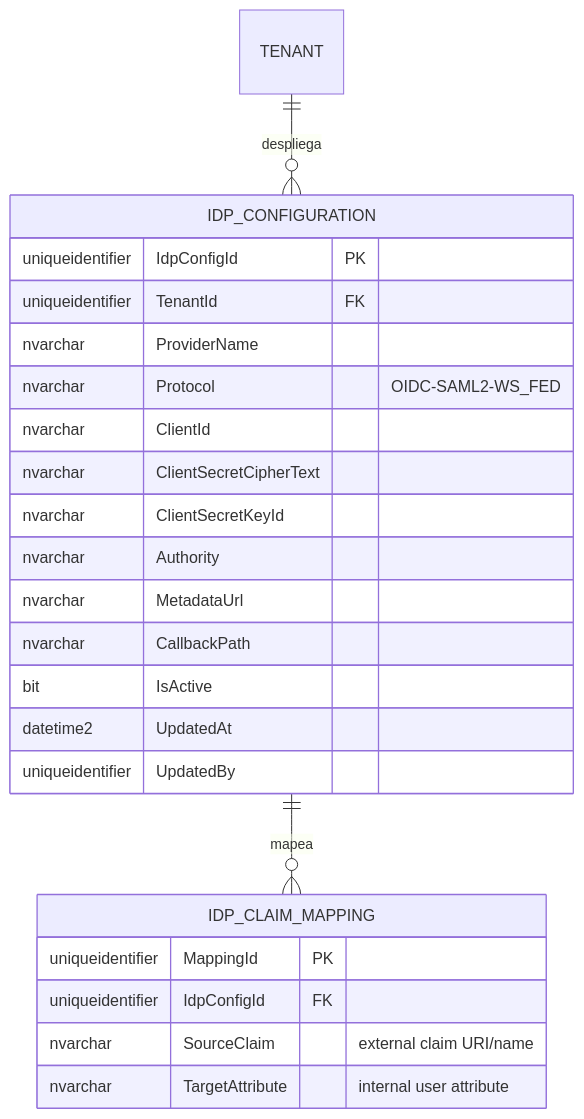
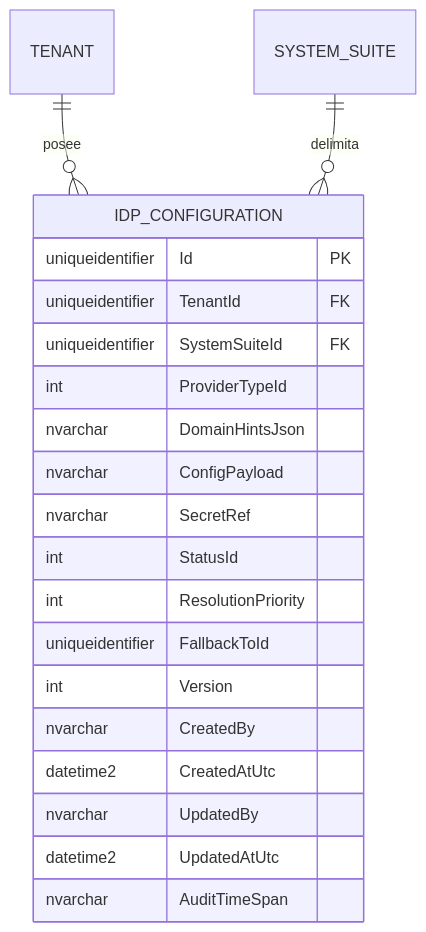
The third of 3 diagrams in docs/domain-es/configuration/idp-configuration.md (beyondnetcode/ums), drawn with Mermaid before and after one commit. The commit also changed other lines of this file and 19 other files, not shown here.

````diff
--- a/docs/domain-es/configuration/idp-configuration.md
+++ b/docs/domain-es/configuration/idp-configuration.md
@@ -163,27 +123,24 @@
 ```mermaid
 erDiagram
-    TENANT ||--o{ IDP_CONFIGURATION : "despliega"
-    IDP_CONFIGURATION ||--o{ IDP_CLAIM_MAPPING : "mapea"
+    TENANT ||--o{ IDP_CONFIGURATION : "posee"
+    SYSTEM_SUITE ||--o{ IDP_CONFIGURATION : "delimita"
 
     IDP_CONFIGURATION {
-        uniqueidentifier IdpConfigId PK
+        uniqueidentifier Id PK
         uniqueidentifier TenantId FK
-        nvarchar ProviderName
-        nvarchar Protocol "OIDC-SAML2-WS_FED"
-        nvarchar ClientId
-        nvarchar ClientSecretCipherText
-        nvarchar ClientSecretKeyId
-        nvarchar Authority
-        nvarchar MetadataUrl
-        nvarchar CallbackPath
-        bit IsActive
-        datetime2 UpdatedAt
-        uniqueidentifier UpdatedBy
-    }
-    IDP_CLAIM_MAPPING {
-        uniqueidentifier MappingId PK
-        uniqueidentifier IdpConfigId FK
-        nvarchar SourceClaim "external claim URI/name"
-        nvarchar TargetAttribute "internal user attribute"
+        uniqueidentifier SystemSuiteId FK
+        int ProviderTypeId
+        nvarchar DomainHintsJson
+        nvarchar ConfigPayload
+        nvarchar SecretRef
+        int StatusId
+        int ResolutionPriority
+        uniqueidentifier FallbackToId
+        int Version
+        nvarchar CreatedBy
+        datetime2 CreatedAtUtc
+        nvarchar UpdatedBy
+        datetime2 UpdatedAtUtc
+        nvarchar AuditTimeSpan
     }
 ```
````
